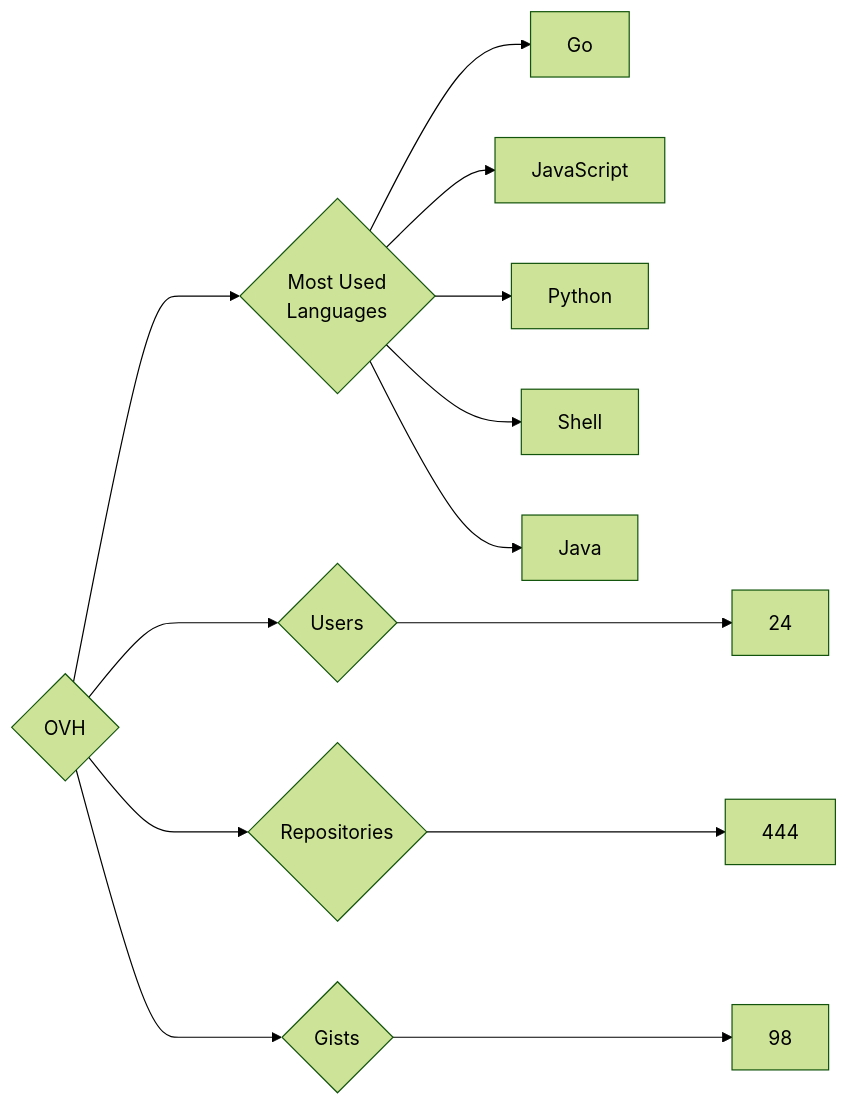
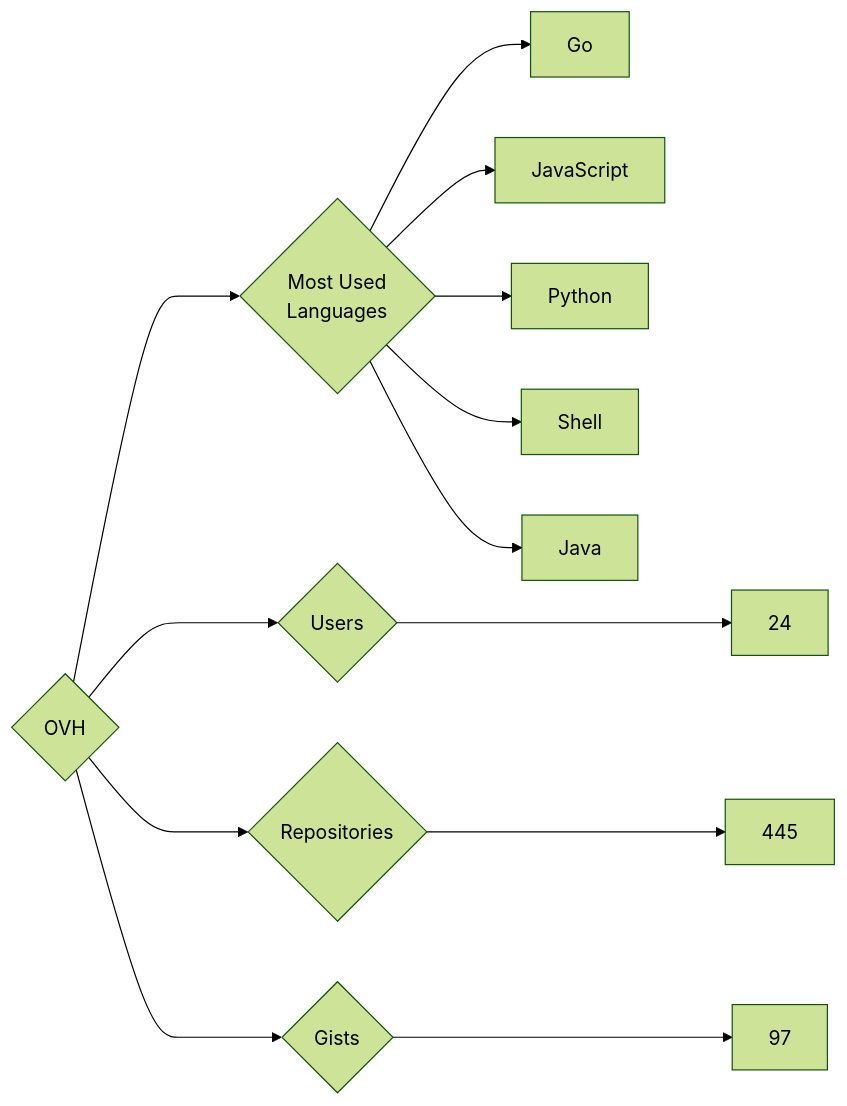
One commit to trickest/insiders changed the diagram in targets/OVH/README.md. Above: the diagram before and after it, drawn with Mermaid (forest theme). The commit also changed 940 other files, not shown here.

````diff
--- a/targets/OVH/README.md
+++ b/targets/OVH/README.md
@@ -3,13 +3,13 @@
 ```mermaid
 graph LR
 COMPANY_NAME{OVH}
 COMPANY_NAME ---> U{Users} ---> UN[24]
-COMPANY_NAME ---> R{Repositories} ---> RN[444]
-COMPANY_NAME ---> G{Gists} ---> GN[98]
+COMPANY_NAME ---> R{Repositories} ---> RN[445]
+COMPANY_NAME ---> G{Gists} ---> GN[97]
 COMPANY_NAME ---> ML{Most Used<br>Languages}
 ML --> Go[Go]
 ML --> JavaScript[JavaScript]
 ML --> Python[Python]
 ML --> Shell[Shell]
 ML --> Java[Java]
 ```
````
